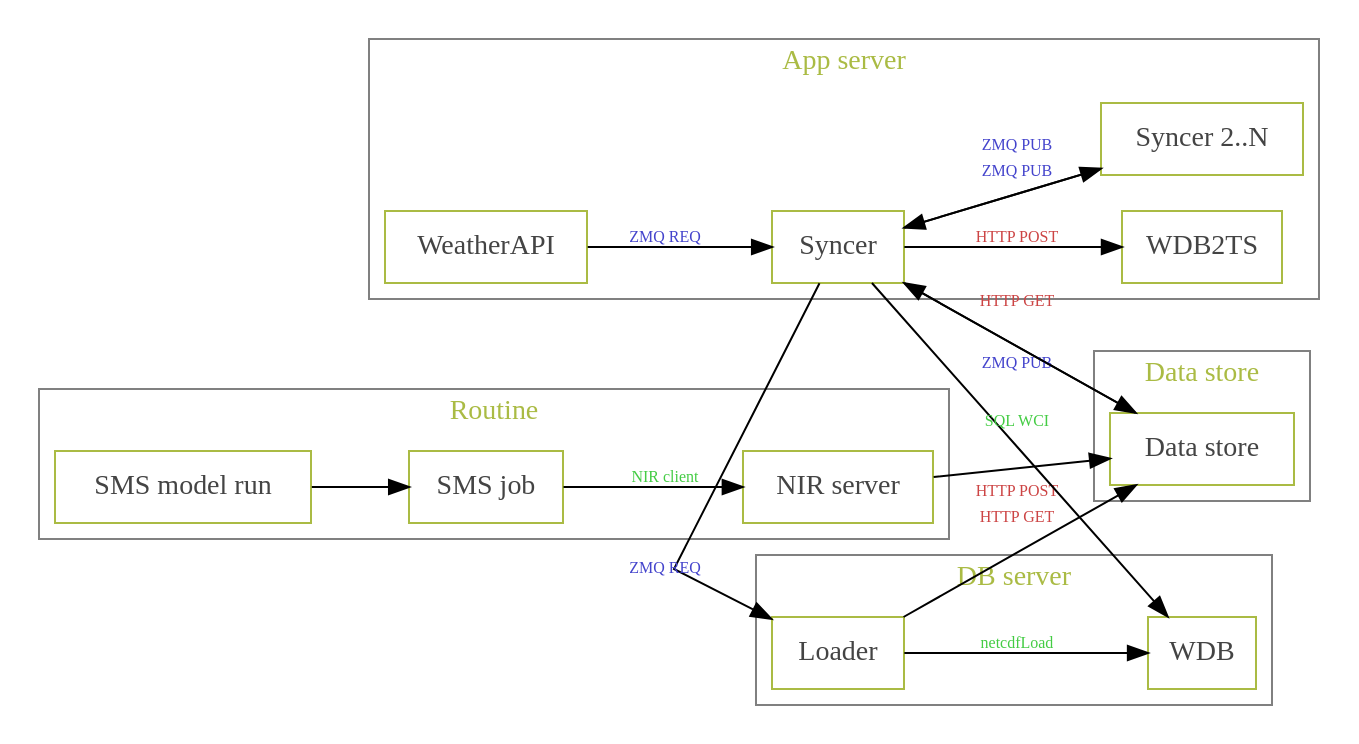
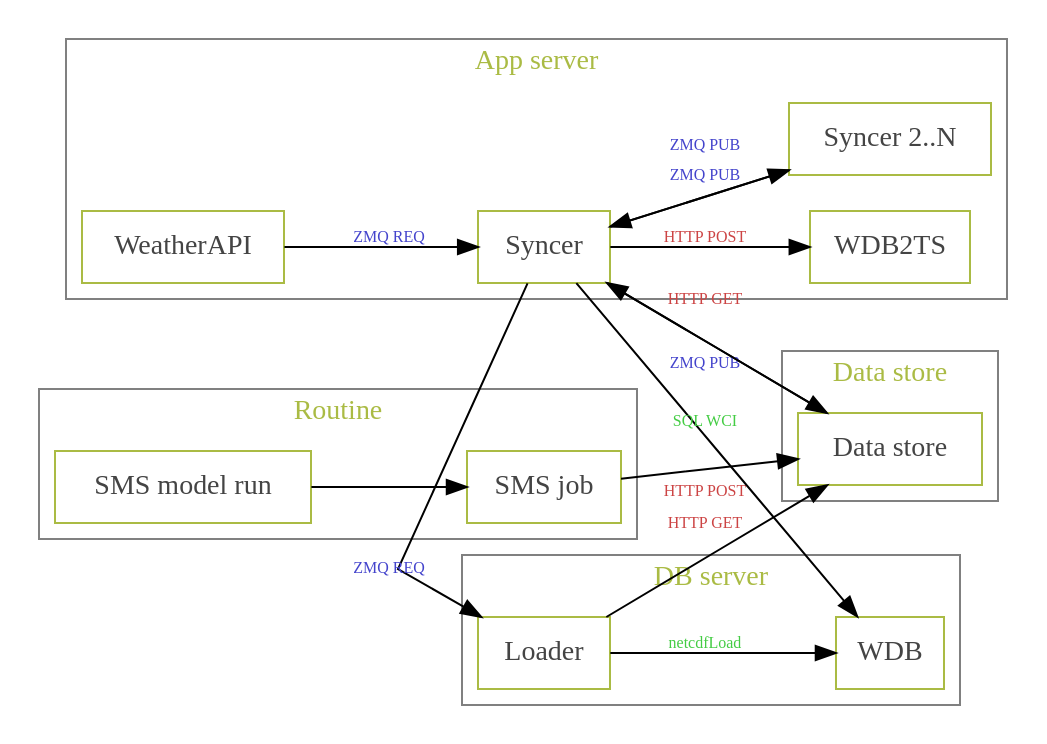
One commit to metno/nir changed the diagram in doc/sysgraph.dot. Above: the diagram before and after it, drawn with Graphviz. The commit also changed 1 other file, not shown here.

Commit message:
Remove NIR server from graph.

```diff
--- a/doc/sysgraph.dot
+++ b/doc/sysgraph.dot
@@ -1,59 +1,57 @@
 digraph {
 
     rankdir="LR";
     overlap=false;
     clusterrank="local";
     splines="line";
     color="gray";
 
     node [shape=rectangle, color="#aabb44", fontcolor="#444444"];
 
     subgraph cluster_routine {
         label="Routine";
         fontcolor="#aabb44";
         sms_model   [label="SMS model run"];
         sms_load    [label="SMS job"];
-        nir_server  [label="NIR server"];
 
         // Version 2.26.3 of Graphviz sucks; same rank makes arrows point in wrong direction!
-        //rank=same; sms_model sms_load nir_server;
+        //rank=same; sms_model sms_load;
     }
 
     subgraph cluster_ds {
         label="Data store";
         fontcolor="#aabb44";
         datastore   [label="Data store"];
     }
 
     subgraph cluster_dbserver {
         label="DB server";
         fontcolor="#aabb44";
         wdb         [label="WDB"];
         loader      [label="Loader"];
         rank = same; wdb; loader;
     }
 
     subgraph cluster_appserver {
         label="App server";
         fontcolor="#aabb44";
         weatherapi  [label="WeatherAPI"];
         wdb2ts      [label="WDB2TS"];
         syncer      [label="Syncer"];
         syncer2     [label="Syncer 2..N"];
         //rank = same; syncer; syncer2;
     }
 
     sms_model       -> sms_load;
-    sms_load        -> nir_server   [label="NIR client", fontcolor="#44cc44", fontsize="8"];
-    nir_server      -> datastore    [label="HTTP POST", fontcolor="#cc4444", fontsize="8"];
+    sms_load        -> datastore    [label="HTTP POST", fontcolor="#cc4444", fontsize="8"];
     datastore       -> syncer       [label="ZMQ PUB", fontcolor="#4444cc", fontsize="8"];
     syncer          -> datastore    [label="HTTP GET", fontcolor="#cc4444", fontsize="8"];
     syncer          -> loader       [label="ZMQ REQ", fontcolor="#4444cc", fontsize="8"];
     syncer          -> wdb2ts       [label="HTTP POST", fontcolor="#cc4444", fontsize="8"];
     syncer          -> wdb          [label="SQL WCI", fontcolor="#44cc44", fontsize="8"];
     loader          -> datastore    [label="HTTP GET", fontcolor="#cc4444", fontsize="8"];
     loader          -> wdb          [label="netcdfLoad", fontcolor="#44cc44", fontsize="8"];
     weatherapi      -> syncer       [label="ZMQ REQ", fontcolor="#4444cc", fontsize="8"];
     syncer          -> syncer2      [label="ZMQ PUB", fontcolor="#4444cc", fontsize="8"];
     syncer2         -> syncer       [label="ZMQ PUB", fontcolor="#4444cc", fontsize="8"];
 }
```
